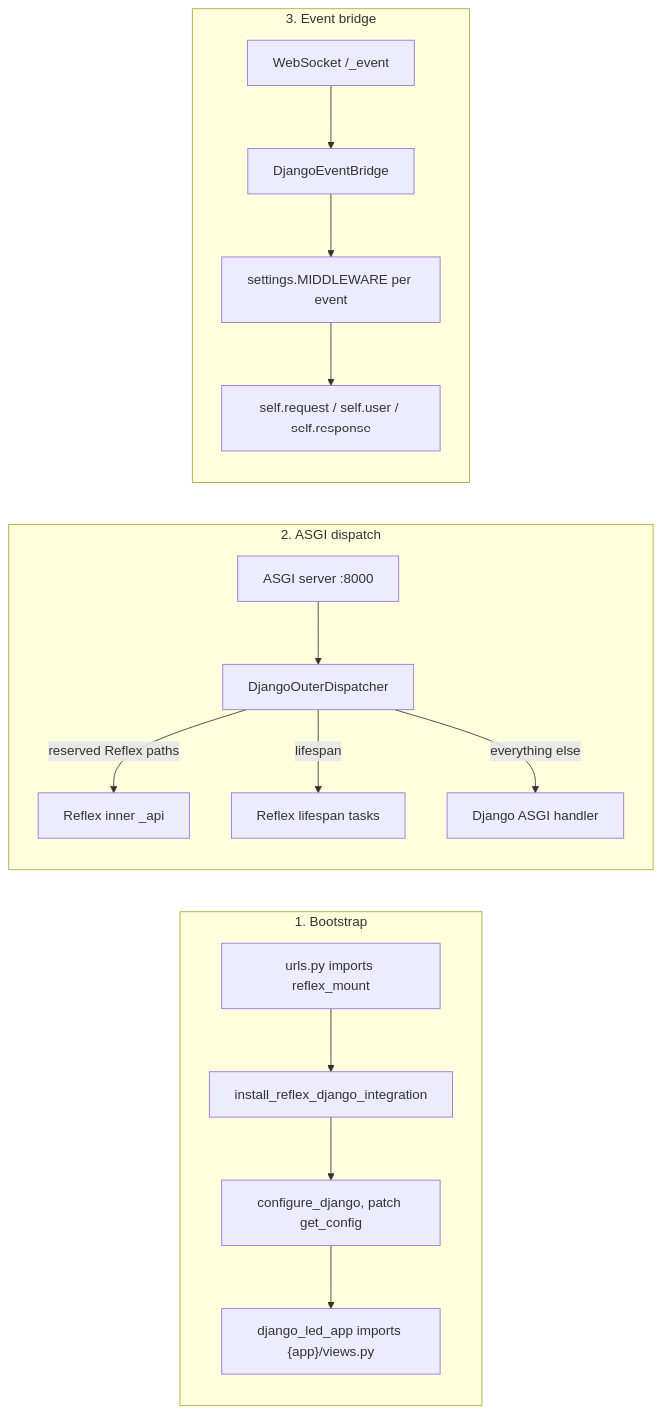
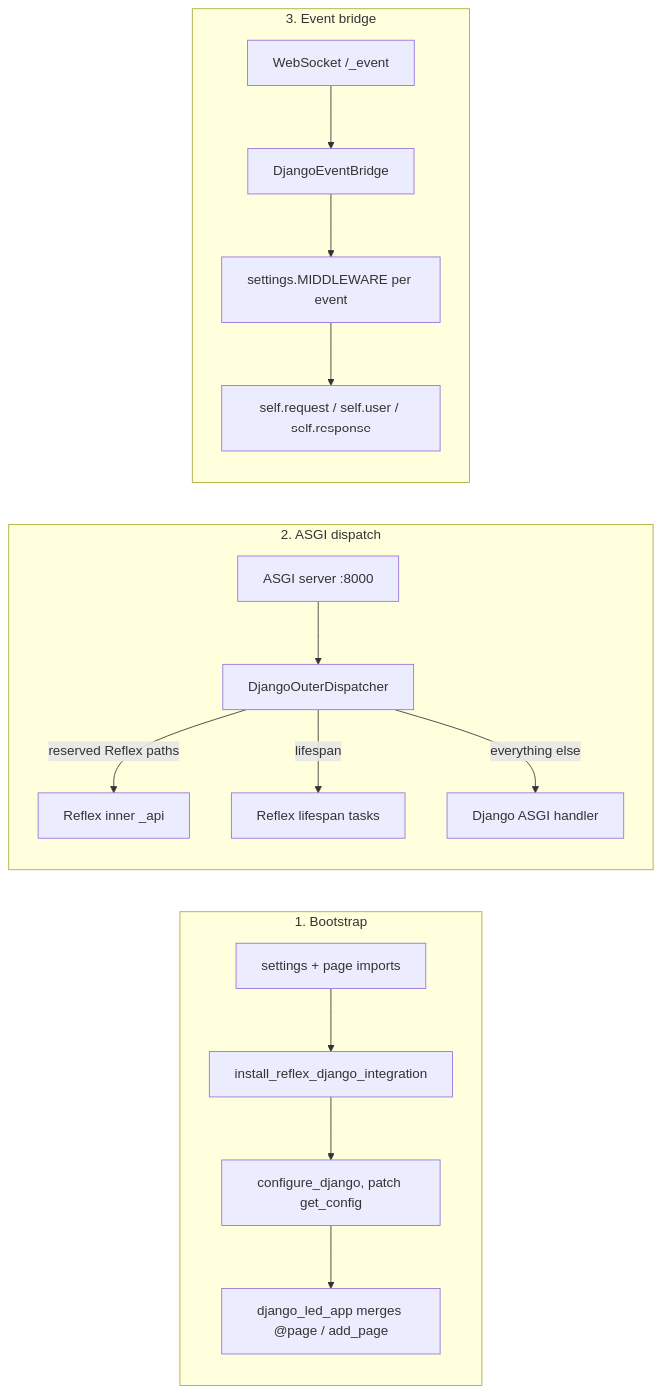
Before and after one commit to web7ai/reflex-django: the first of 4 diagrams in docs/architecture.md, drawn with Mermaid. The commit also changed other lines of this file and 40 other files, not shown here.

Commit message:
docs: update CHANGELOG and documentation to reflect new settings-driven auto-mount feature; clarify usage of REFLEX_DJANGO_RX_CONFIG for configuration, emphasize explicit page imports in urls.py, and streamline examples for Django route handling

````diff
--- a/docs/architecture.md
+++ b/docs/architecture.md
@@ -13,21 +13,21 @@
 ```mermaid
 flowchart LR
     subgraph pillar1["1. Bootstrap"]
-        A["urls.py imports reflex_mount"] --> B["install_reflex_django_integration"]
+        A["settings + page imports"] --> B["install_reflex_django_integration"]
         B --> C["configure_django, patch get_config"]
-        C --> D["django_led_app imports {app}/views.py"]
+        C --> D["django_led_app merges @page / add_page"]
     end
 
     subgraph pillar2["2. ASGI dispatch"]
         E["ASGI server :8000"] --> F["DjangoOuterDispatcher"]
         F -->|reserved Reflex paths| G["Reflex inner _api"]
         F -->|lifespan| H["Reflex lifespan tasks"]
         F -->|everything else| I["Django ASGI handler"]
     end
 
     subgraph pillar3["3. Event bridge"]
         J["WebSocket /_event"] --> K["DjangoEventBridge"]
         K --> L["settings.MIDDLEWARE per event"]
         L --> M["self.request / self.user / self.response"]
     end
 ```
````
